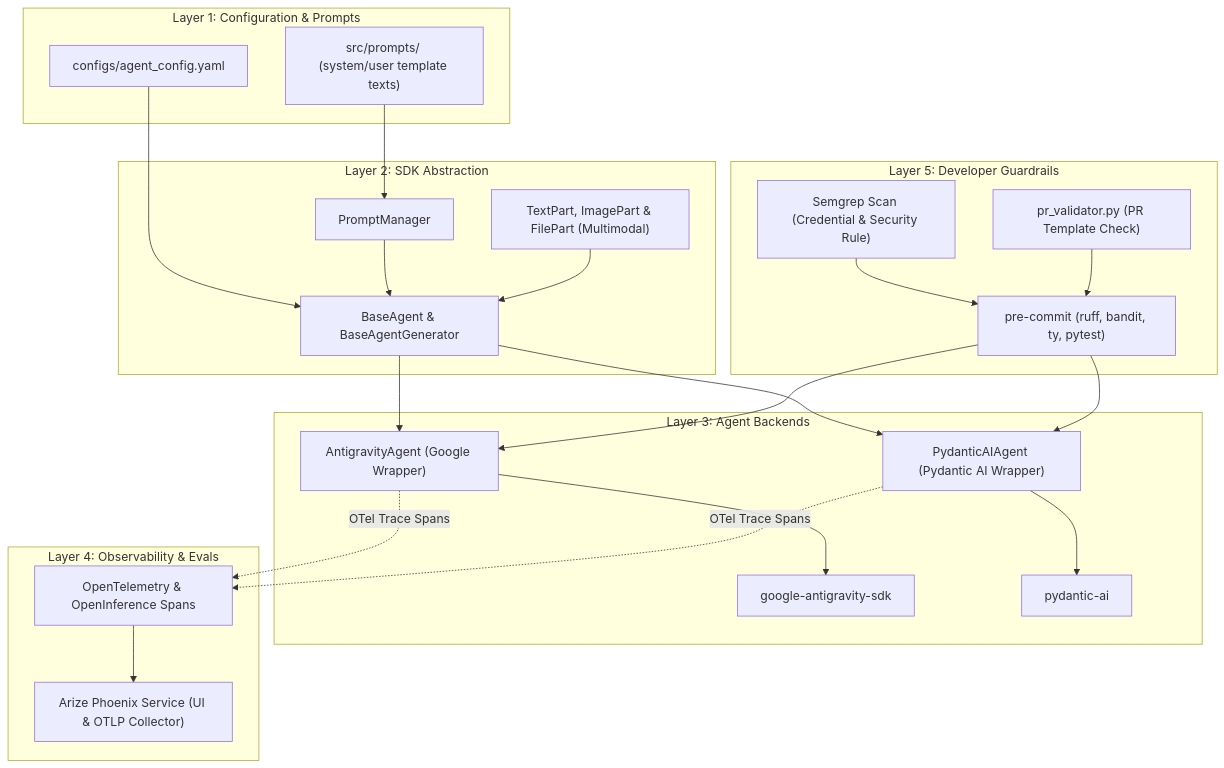
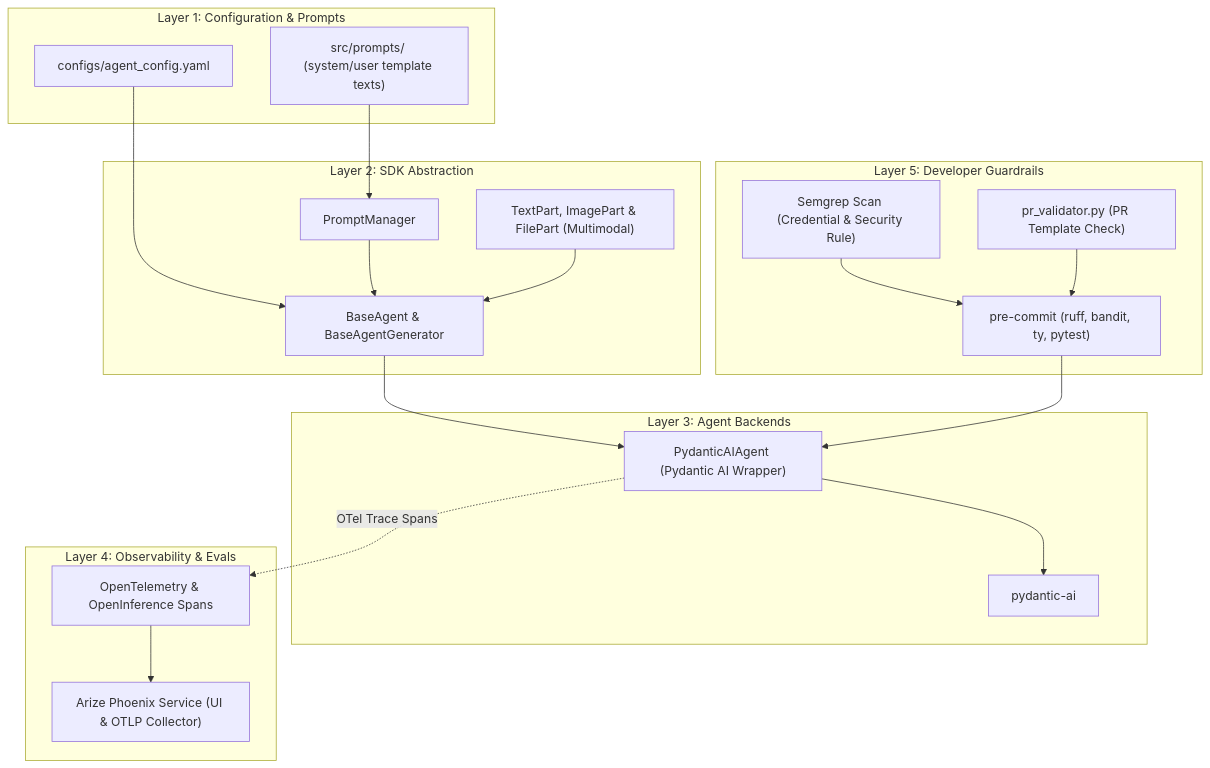
Before and after one commit to fortis3000/agentic_template: the first of 4 diagrams in docs/architecture/diagrams.md, drawn with Mermaid. The commit also changed other lines of this file and 24 other files, not shown here.

Commit message:
refactor(agents): exclude google antigravity agent (#73) (#75)

````diff
--- a/docs/architecture/diagrams.md
+++ b/docs/architecture/diagrams.md
@@ -9,48 +9,42 @@
 ```mermaid
 graph TD
     subgraph Layer1["Layer 1: Configuration & Prompts"]
         A["configs/agent_config.yaml"]
         B["src/prompts/ (system/user template texts)"]
     end
 
     subgraph Layer2["Layer 2: SDK Abstraction"]
         C["BaseAgent & BaseAgentGenerator"]
         D["PromptManager"]
         E["TextPart, ImagePart & FilePart (Multimodal)"]
     end
 
     subgraph Layer3["Layer 3: Agent Backends"]
-        F["AntigravityAgent (Google Wrapper)"]
         G["PydanticAIAgent (Pydantic AI Wrapper)"]
-        H["google-antigravity-sdk"]
         I["pydantic-ai"]
     end
 
     subgraph Layer4["Layer 4: Observability & Evals"]
         J["OpenTelemetry & OpenInference Spans"]
         K["Arize Phoenix Service (UI & OTLP Collector)"]
     end
 
     subgraph Layer5["Layer 5: Developer Guardrails"]
         L["pre-commit (ruff, bandit, ty, pytest)"]
         M["Semgrep Scan (Credential & Security Rule)"]
         N["pr_validator.py (PR Template Check)"]
     end
 
     %% Relations
     A --> C
     B --> D
     D --> C
     E --> C
-    C --> F
     C --> G
-    F --> H
     G --> I
-    F -.->|OTel Trace Spans| J
     G -.->|OTel Trace Spans| J
     J --> K
-    L --> F
     L --> G
     M --> L
     N --> L
 ```
````
